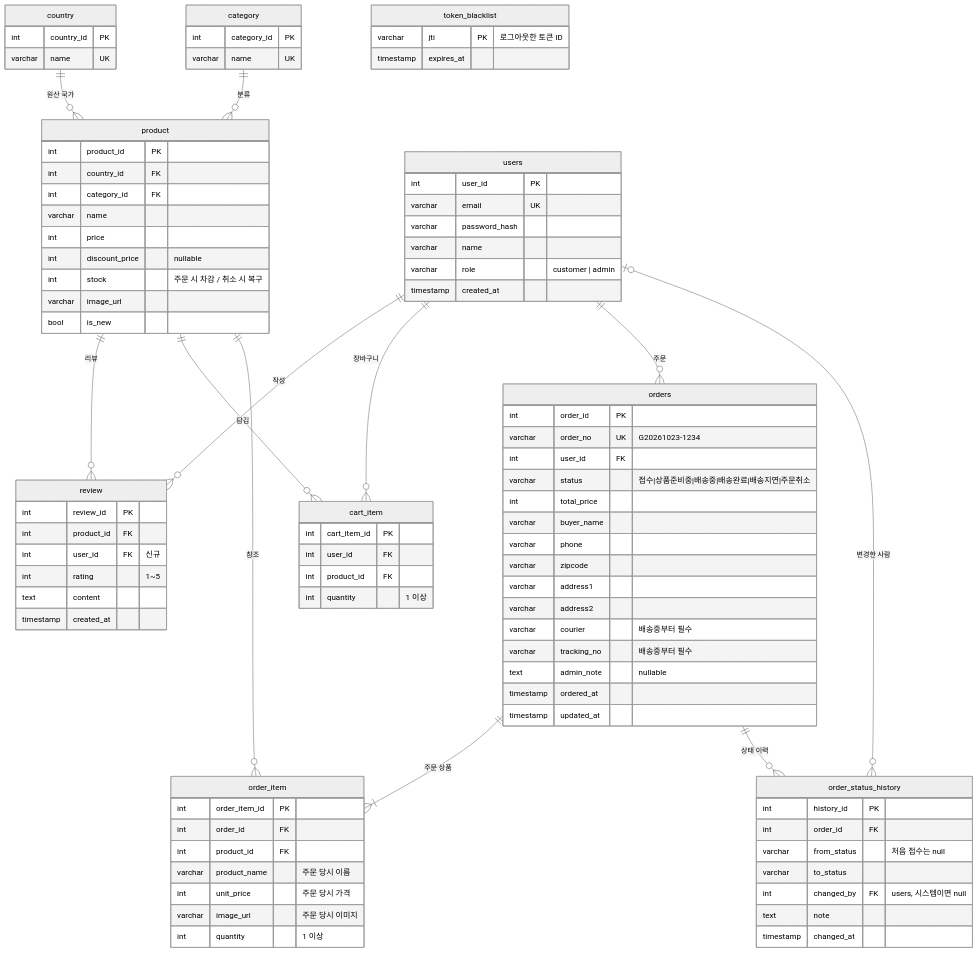
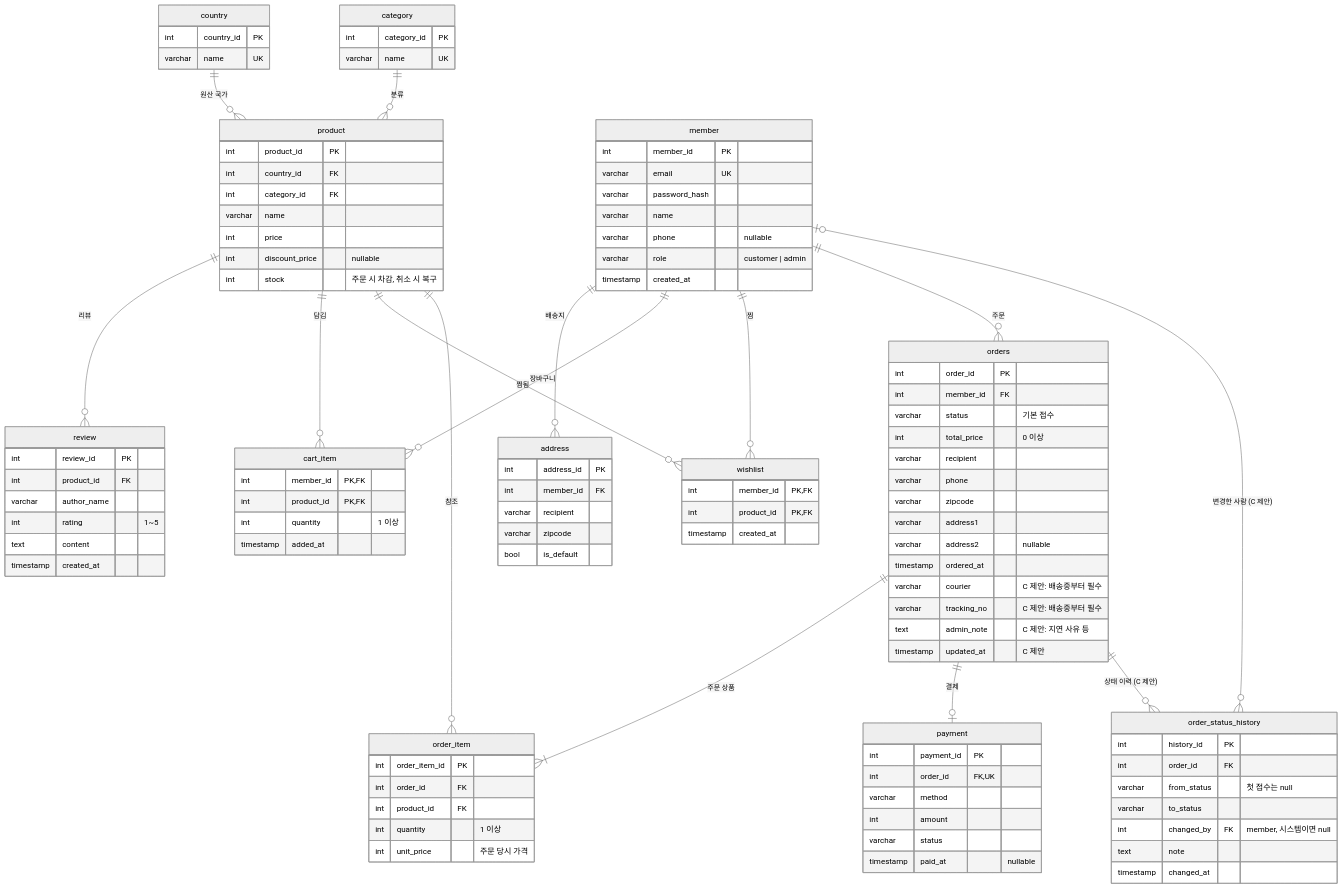
Before and after one commit to jin-park0115/gourmand_shopping_mall: the diagram in docs/ERD.md, drawn with Mermaid (neutral theme). The commit also changed other lines of this file, not shown here.

Commit message:
SCRUM-9 [C] ERD를 SCRUM-8 실제 모델 기준으로 정리 + C 추가 제안 분리

```diff
--- a/docs/ERD.md
+++ b/docs/ERD.md
@@ -10,14 +10,17 @@
     country  ||--o{ product : "원산 국가"
     category ||--o{ product : "분류"
     product  ||--o{ review : "리뷰"
-    users    ||--o{ review : "작성"
-    users    ||--o{ cart_item : "장바구니"
+    member   ||--o{ address : "배송지"
+    member   ||--o{ cart_item : "장바구니"
     product  ||--o{ cart_item : "담김"
-    users    ||--o{ orders : "주문"
+    member   ||--o{ wishlist : "찜"
+    product  ||--o{ wishlist : "찜됨"
+    member   ||--o{ orders : "주문"
     orders   ||--|{ order_item : "주문 상품"
     product  ||--o{ order_item : "참조"
-    orders   ||--o{ order_status_history : "상태 이력"
-    users    |o--o{ order_status_history : "변경한 사람"
+    orders   ||--o| payment : "결제"
+    orders   ||--o{ order_status_history : "상태 이력 (C 제안)"
+    member   |o--o{ order_status_history : "변경한 사람 (C 제안)"
 
     country {
         int country_id PK
@@ -34,68 +37,80 @@
         varchar name
         int price
         int discount_price "nullable"
-        int stock "주문 시 차감 / 취소 시 복구"
-        varchar image_url
-        bool is_new
+        int stock "주문 시 차감, 취소 시 복구"
     }
     review {
         int review_id PK
         int product_id FK
-        int user_id FK "신규"
+        varchar author_name
         int rating "1~5"
         text content
         timestamp created_at
     }
-    users {
-        int user_id PK
+    member {
+        int member_id PK
         varchar email UK
         varchar password_hash
         varchar name
+        varchar phone "nullable"
         varchar role "customer | admin"
         timestamp created_at
     }
-    token_blacklist {
-        varchar jti PK "로그아웃한 토큰 ID"
-        timestamp expires_at
+    address {
+        int address_id PK
+        int member_id FK
+        varchar recipient
+        varchar zipcode
+        bool is_default
     }
     cart_item {
-        int cart_item_id PK
-        int user_id FK
-        int product_id FK
+        int member_id PK, FK
+        int product_id PK, FK
         int quantity "1 이상"
+        timestamp added_at
+    }
+    wishlist {
+        int member_id PK, FK
+        int product_id PK, FK
+        timestamp created_at
     }
     orders {
         int order_id PK
-        varchar order_no UK "G20261023-1234"
-        int user_id FK
-        varchar status "접수|상품준비중|배송중|배송완료|배송지연|주문취소"
-        int total_price
-        varchar buyer_name
+        int member_id FK
+        varchar status "기본 접수"
+        int total_price "0 이상"
+        varchar recipient
         varchar phone
         varchar zipcode
         varchar address1
-        varchar address2
-        varchar courier "배송중부터 필수"
-        varchar tracking_no "배송중부터 필수"
-        text admin_note "nullable"
+        varchar address2 "nullable"
         timestamp ordered_at
-        timestamp updated_at
+        varchar courier "C 제안: 배송중부터 필수"
+        varchar tracking_no "C 제안: 배송중부터 필수"
+        text admin_note "C 제안: 지연 사유 등"
+        timestamp updated_at "C 제안"
     }
     order_item {
         int order_item_id PK
         int order_id FK
         int product_id FK
-        varchar product_name "주문 당시 이름"
+        int quantity "1 이상"
         int unit_price "주문 당시 가격"
-        varchar image_url "주문 당시 이미지"
-        int quantity "1 이상"
+    }
+    payment {
+        int payment_id PK
+        int order_id FK, UK
+        varchar method
+        int amount
+        varchar status
+        timestamp paid_at "nullable"
     }
     order_status_history {
         int history_id PK
         int order_id FK
-        varchar from_status "처음 접수는 null"
+        varchar from_status "첫 접수는 null"
         varchar to_status
-        int changed_by FK "users, 시스템이면 null"
+        int changed_by FK "member, 시스템이면 null"
         text note
         timestamp changed_at
     }
```
